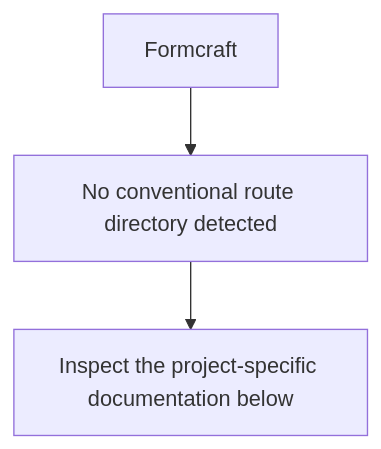
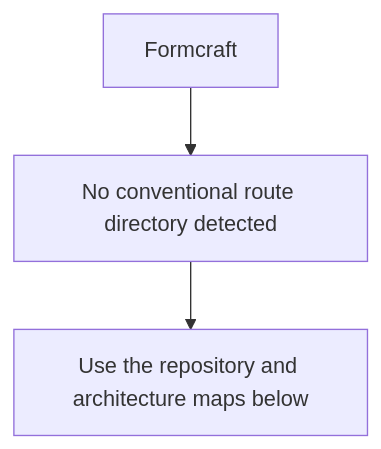
One commit to Nischhalsubba/Formcraft changed the second of 6 diagrams in README.md. Above: the diagram before and after it, drawn with Mermaid. The commit also changed other lines of this file, not shown here.

````diff
--- a/README.md
+++ b/README.md
@@ -44,6 +83,6 @@
 ```mermaid
 flowchart TD
     APP["Formcraft"]
     APP --> SOURCE["No conventional route directory detected"]
-    SOURCE --> VERIFY["Inspect the project-specific documentation below"]
+    SOURCE --> GUIDE["Use the repository and architecture maps below"]
 ```
````
